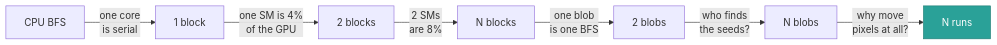
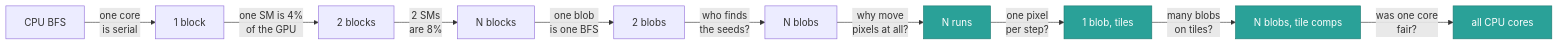
Before and after one commit to lejrn/flood-fill-cuda: the first of 2 diagrams in README.md, drawn with Mermaid. The commit also changed other lines of this file, not shown here.

````diff
--- a/README.md
+++ b/README.md
@@ -27,10 +29,16 @@
 ```mermaid
 flowchart LR
     A["CPU BFS"] -->|"one core<br/>is serial"| B["1 block"]
     B -->|"one SM is 4%<br/>of the GPU"| C["2 blocks"]
     C -->|"2 SMs<br/>are 8%"| D["N blocks"]
     D -->|"one blob<br/>is one BFS"| E["2 blobs"]
     E -->|"who finds<br/>the seeds?"| F["N blobs"]
     F -->|"why move<br/>pixels at all?"| G["N runs"]
+    G -->|"one pixel<br/>per step?"| H["1 blob, tiles"]
+    H -->|"many blobs<br/>on tiles?"| I["N blobs, tile comps"]
+    I -->|"was one core<br/>fair?"| J["all CPU cores"]
     style G fill:#2aa198,stroke:#1d7c74,color:#fff
+    style H fill:#2aa198,stroke:#1d7c74,color:#fff
+    style I fill:#2aa198,stroke:#1d7c74,color:#fff
+    style J fill:#2aa198,stroke:#1d7c74,color:#fff
 ```
````
